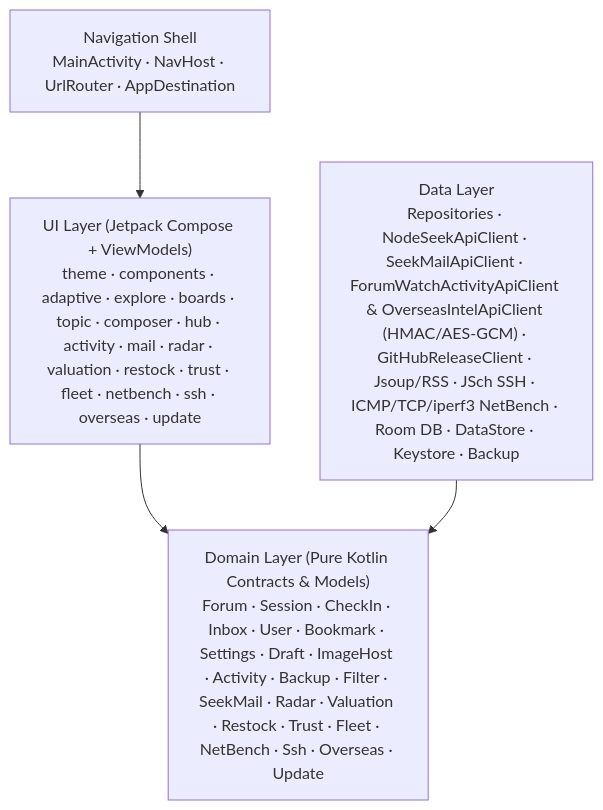
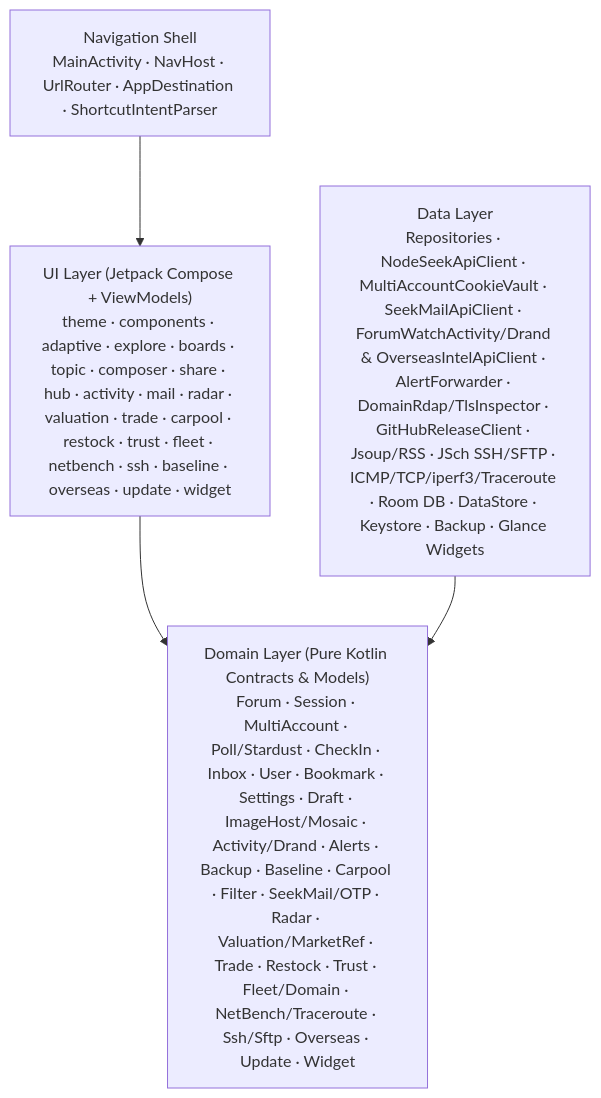
Before and after one commit to learningdog1/Anode: the diagram in README.md, drawn with Mermaid. The commit also changed other lines of this file and 305 other files, not shown here.

First line of the commit message:
feat(release): v2.13.0 — trade market premium overhaul, multi-account, trade/carpool/poll/drand, domain RDAP/TLS, SFTP, traceroute, widgets & alert forwarding

````diff
--- a/README.md
+++ b/README.md
@@ -339,11 +339,11 @@
 ```mermaid
 flowchart TD
-    UI["UI Layer (Jetpack Compose + ViewModels)<br/>theme · components · adaptive · explore · boards · topic · composer · hub · activity · mail · radar · valuation · restock · trust · fleet · netbench · ssh · overseas · update"]
-    NAV["Navigation Shell<br/>MainActivity · NavHost · UrlRouter · AppDestination"]
-    DOMAIN["Domain Layer (Pure Kotlin Contracts & Models)<br/>Forum · Session · CheckIn · Inbox · User · Bookmark · Settings · Draft · ImageHost · Activity · Backup · Filter · SeekMail · Radar · Valuation · Restock · Trust · Fleet · NetBench · Ssh · Overseas · Update"]
-    DATA["Data Layer<br/>Repositories · NodeSeekApiClient · SeekMailApiClient · ForumWatchActivityApiClient & OverseasIntelApiClient (HMAC/AES-GCM) · GitHubReleaseClient · Jsoup/RSS · JSch SSH · ICMP/TCP/iperf3 NetBench · Room DB · DataStore · Keystore · Backup"]
+    UI["UI Layer (Jetpack Compose + ViewModels)<br/>theme · components · adaptive · explore · boards · topic · composer · share · hub · activity · mail · radar · valuation · trade · carpool · restock · trust · fleet · netbench · ssh · baseline · overseas · update · widget"]
+    NAV["Navigation Shell<br/>MainActivity · NavHost · UrlRouter · AppDestination · ShortcutIntentParser"]
+    DOMAIN["Domain Layer (Pure Kotlin Contracts & Models)<br/>Forum · Session · MultiAccount · Poll/Stardust · CheckIn · Inbox · User · Bookmark · Settings · Draft · ImageHost/Mosaic · Activity/Drand · Alerts · Backup · Baseline · Carpool · Filter · SeekMail/OTP · Radar · Valuation/MarketRef · Trade · Restock · Trust · Fleet/Domain · NetBench/Traceroute · Ssh/Sftp · Overseas · Update · Widget"]
+    DATA["Data Layer<br/>Repositories · NodeSeekApiClient · MultiAccountCookieVault · SeekMailApiClient · ForumWatchActivity/Drand & OverseasIntelApiClient · AlertForwarder · DomainRdap/TlsInspector · GitHubReleaseClient · Jsoup/RSS · JSch SSH/SFTP · ICMP/TCP/iperf3/Traceroute · Room DB · DataStore · Keystore · Backup · Glance Widgets"]
 
     NAV --> UI
     UI --> DOMAIN
     DATA --> DOMAIN
 ```
````
